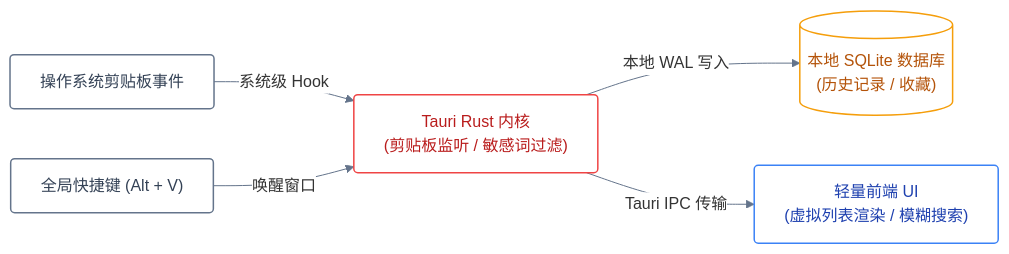
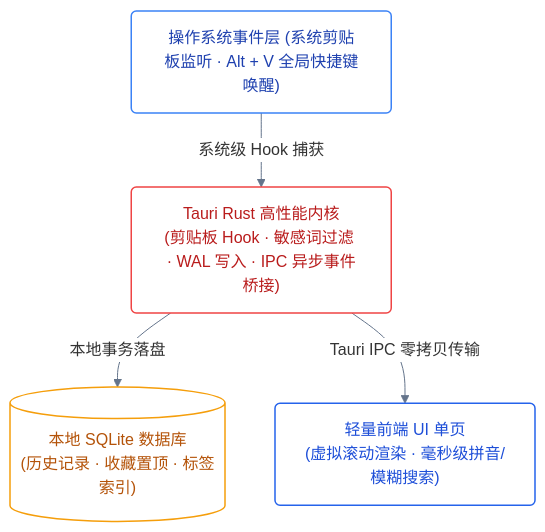
The diagram in README.md (s1oopX/clipmaster-tauri), drawn with Mermaid before and after one commit.

Commit message:
docs: enlarge architecture diagram with balanced TB layout

````diff
--- a/README.md
+++ b/README.md
@@ -47,13 +47,23 @@
 ```mermaid
 %%{init: {'theme': 'base', 'themeVariables': { 'edgeLabelBackground': '#ffffff', 'mainBkg': '#ffffff', 'lineColor': '#64748b' }}}%%
-flowchart LR
-    classDef os fill:#ffffff,stroke:#64748b,stroke-width:1.5px,color:#334155,rx:4px,ry:4px;
-    classDef rust fill:#ffffff,stroke:#ef4444,stroke-width:1.5px,color:#b91c1c,rx:4px,ry:4px;
-    classDef ui fill:#ffffff,stroke:#3b82f6,stroke-width:1.5px,color:#1e40af,rx:4px,ry:4px;
-    classDef db fill:#ffffff,stroke:#f59e0b,stroke-width:1.5px,color:#b45309,rx:4px,ry:4px;
+flowchart TB
+    classDef os fill:#ffffff,stroke:#3b82f6,stroke-width:1.5px,color:#1e40af,rx:5px,ry:5px;
+    classDef rust fill:#ffffff,stroke:#ef4444,stroke-width:1.5px,color:#b91c1c,rx:5px,ry:5px;
+    classDef ui fill:#ffffff,stroke:#2563eb,stroke-width:1.5px,color:#1d4ed8,rx:5px,ry:5px;
+    classDef db fill:#ffffff,stroke:#f59e0b,stroke-width:1.5px,color:#b45309,rx:5px,ry:5px;
 
-    OS["操作系统剪贴板事件"]:::os -->|"系统级 Hook"| CORE["Tauri Rust 内核<br/>(剪贴板监听 / 敏感词过滤)"]:::rust
-    CORE -->|"本地 WAL 写入"| DB[("本地 SQLite 数据库<br/>(历史记录 / 收藏)")]:::db
-    HOTKEY["全局快捷键 (Alt + V)"]:::os -->|"唤醒窗口"| CORE
-    CORE -->|"Tauri IPC 传输"| UI["轻量前端 UI<br/>(虚拟列表渲染 / 模糊搜索)"]:::ui
+    %% 1. 系统级交互 (顶层)
+    OS["操作系统事件层 (系统剪贴板监听 · Alt + V 全局快捷键唤醒)"]:::os
+
+    %% 2. Tauri Rust 核心层 (中层)
+    CORE["Tauri Rust 高性能内核<br/>(剪贴板 Hook · 敏感词过滤 · WAL 写入 · IPC 异步事件桥接)"]:::rust
+
+    %% 3. 数据与渲染层 (底层双核)
+    DB[("本地 SQLite 数据库<br/>(历史记录 · 收藏置顶 · 标签索引)")]:::db
+    UI["轻量前端 UI 单页<br/>(虚拟滚动渲染 · 毫秒级拼音/模糊搜索)"]:::ui
+
+    %% 纵向饱满流转
+    OS -->|"系统级 Hook 捕获"| CORE
+    CORE -->|"本地事务落盘"| DB
+    CORE -->|"Tauri IPC 零拷贝传输"| UI
 ```
````
